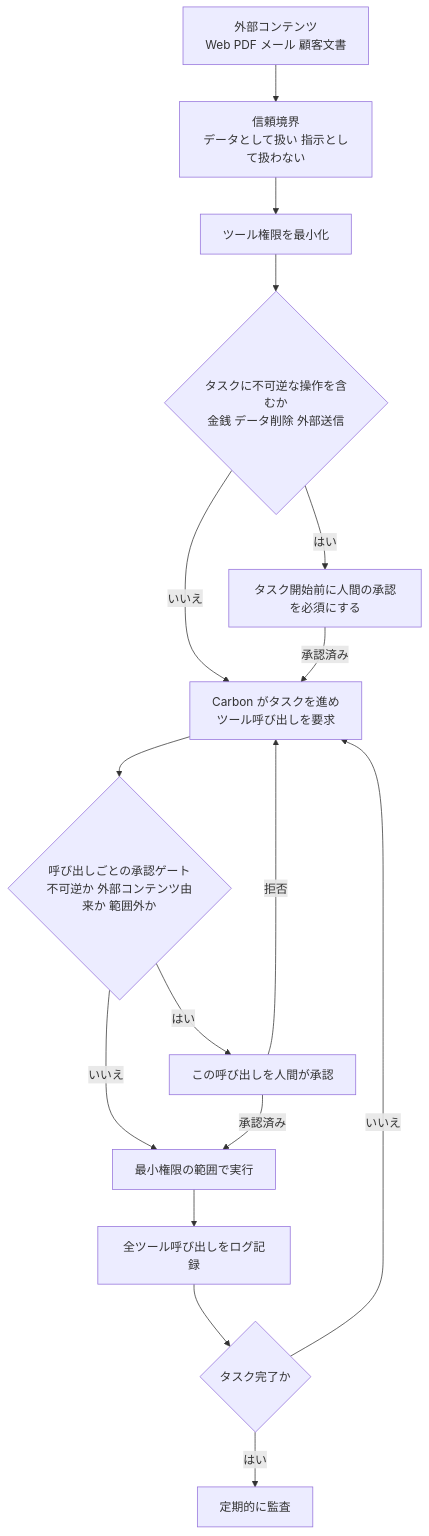
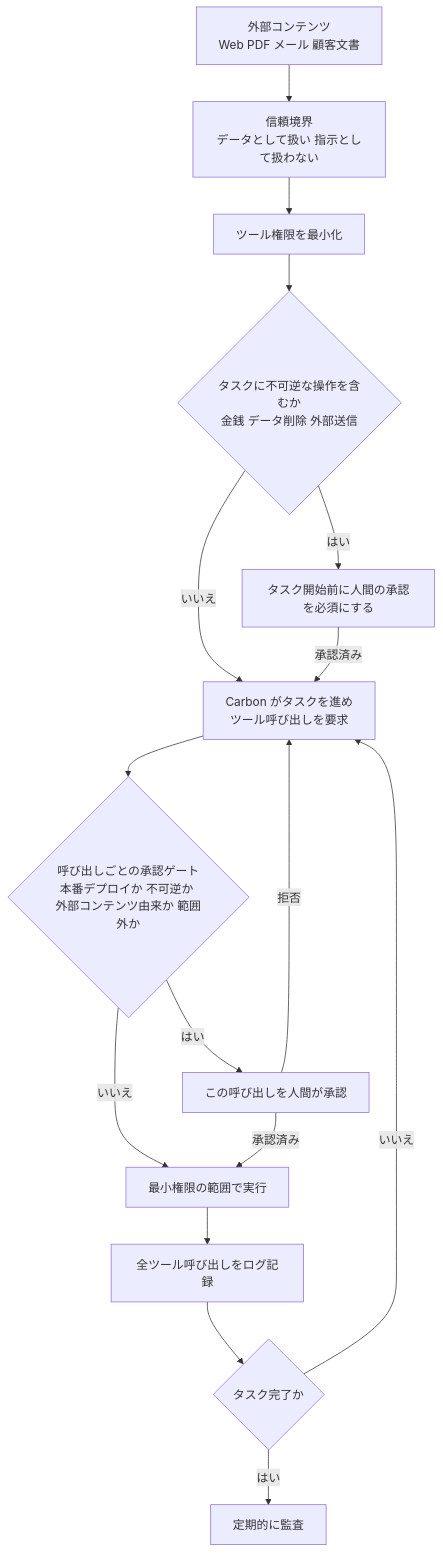
Before and after one commit to myoshi2891/Comparison-of-LLMs: the eighth of 9 diagrams in Gemini-4-carbon-guide.md, drawn with Mermaid. The commit also changed other lines of this file and 3 other files, not shown here.

Commit message:
docs(google): refine long decode flows, heartbeat timeout, and tool validation across Gemini guides

````diff
--- a/Gemini-4-carbon-guide.md
+++ b/Gemini-4-carbon-guide.md
@@ -582,18 +585,18 @@
 ```mermaid
 flowchart TD
     IN["外部コンテンツ<br/>Web PDF メール 顧客文書"] --> TR["信頼境界<br/>データとして扱い 指示として扱わない"]
     TR --> LP["ツール権限を最小化"]
     LP --> RISK{"タスクに不可逆な操作を含むか<br/>金銭 データ削除 外部送信"}
     RISK -- "はい" --> HU["タスク開始前に人間の承認を必須にする"]
     RISK -- "いいえ" --> RUN["Carbon がタスクを進め<br/>ツール呼び出しを要求"]
     HU -- "承認済み" --> RUN
-    RUN --> GATE{"呼び出しごとの承認ゲート<br/>不可逆か 外部コンテンツ由来か 範囲外か"}
+    RUN --> GATE{"呼び出しごとの承認ゲート<br/>本番デプロイか 不可逆か 外部コンテンツ由来か 範囲外か"}
     GATE -- "はい" --> HU2["この呼び出しを人間が承認"]
     GATE -- "いいえ" --> EXEC["最小権限の範囲で実行"]
     HU2 -- "承認済み" --> EXEC
     HU2 -- "拒否" --> RUN
     EXEC --> LOG["全ツール呼び出しをログ記録"]
     LOG --> NEXT{"タスク完了か"}
     NEXT -- "いいえ" --> RUN
     NEXT -- "はい" --> AUD["定期的に監査"]
 ```
````
